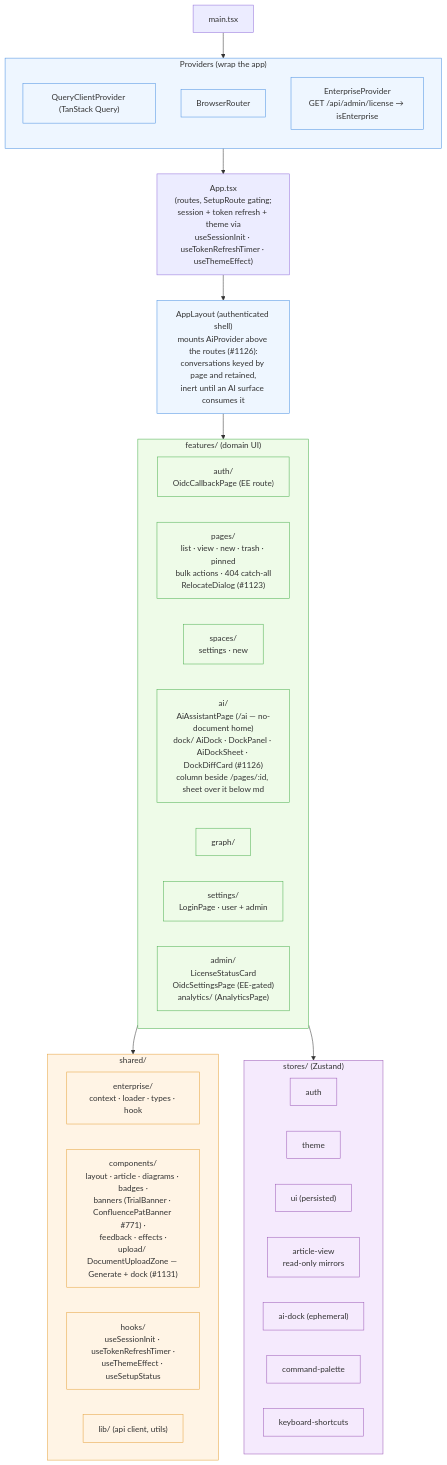
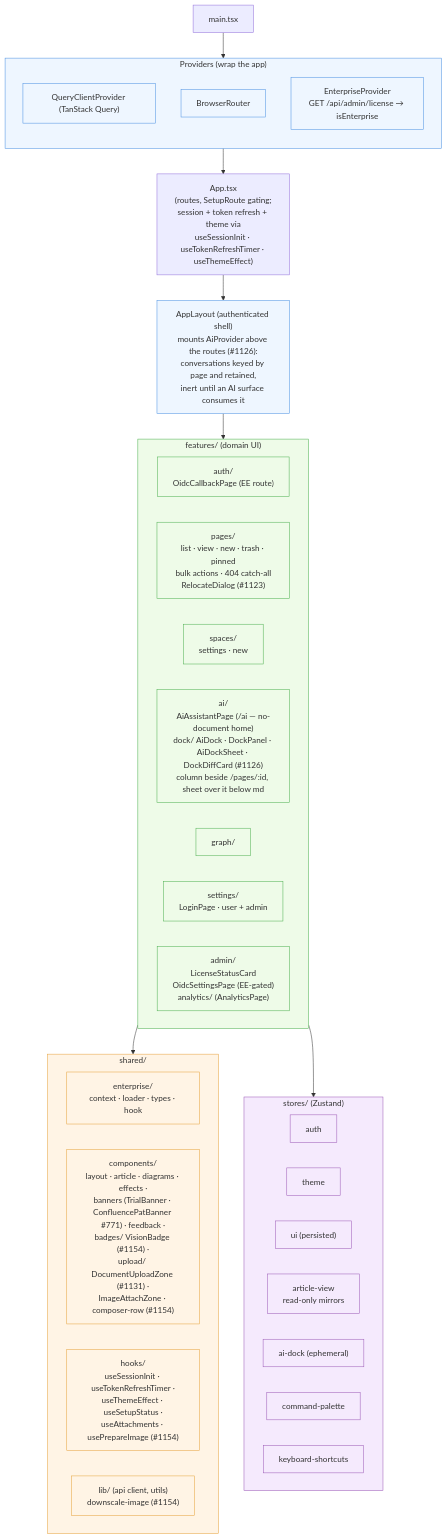
One commit to Compendiq/compendiq-ce changed the first of 5 diagrams in docs/architecture/04-frontend-structure.md. Above: the diagram before and after it, drawn with Mermaid. The commit also changed other lines of this file and 1 other file, not shown here.

First line of the commit message:
docs(ai): record the frontend half of image attachment (#1154)

````diff
--- a/docs/architecture/04-frontend-structure.md
+++ b/docs/architecture/04-frontend-structure.md
@@ -8,59 +8,59 @@
 ```mermaid
 flowchart TB
     main["main.tsx"]
 
     subgraph providers["Providers (wrap the app)"]
         direction TB
         qp["QueryClientProvider (TanStack Query)"]
         rp["BrowserRouter"]
         ep["EnterpriseProvider<br/>GET /api/admin/license → isEnterprise"]
     end
 
     main --> providers
     providers --> app["App.tsx<br/>(routes, SetupRoute gating;<br/>session + token refresh + theme via<br/>useSessionInit · useTokenRefreshTimer · useThemeEffect)"]
 
     subgraph features["features/ (domain UI)"]
         direction LR
         fAuth["auth/<br/>OidcCallbackPage (EE route)"]
         fPages["pages/<br/>list · view · new · trash · pinned<br/>bulk actions · 404 catch-all<br/>RelocateDialog (#1123)"]
         fSpaces["spaces/<br/>settings · new"]
         fAI["ai/<br/>AiAssistantPage (/ai — no-document home)<br/>dock/ AiDock · DockPanel · AiDockSheet · DockDiffCard (#1126)<br/>column beside /pages/:id, sheet over it below md"]
         fGraph["graph/"]
         fSettings["settings/<br/>LoginPage · user + admin"]
         fAdmin["admin/<br/>LicenseStatusCard<br/>OidcSettingsPage (EE-gated)<br/>analytics/ (AnalyticsPage)"]
     end
 
     app --> shell["AppLayout (authenticated shell)<br/>mounts AiProvider above the routes (#1126):<br/>conversations keyed by page and retained,<br/>inert until an AI surface consumes it"]
     shell --> features
 
     subgraph shared["shared/"]
         direction LR
         sEnt["enterprise/<br/>context · loader · types · hook"]
-        sComp["components/<br/>layout · article · diagrams · badges ·<br/>banners (TrialBanner · ConfluencePatBanner #771) ·<br/>feedback · effects ·<br/>upload/ DocumentUploadZone — Generate + dock (#1131)"]
-        sHooks["hooks/<br/>useSessionInit · useTokenRefreshTimer ·<br/>useThemeEffect · useSetupStatus"]
-        sLib["lib/ (api client, utils)"]
+        sComp["components/<br/>layout · article · diagrams · effects ·<br/>banners (TrialBanner · ConfluencePatBanner #771) · feedback ·<br/>badges/ VisionBadge (#1154) ·<br/>upload/ DocumentUploadZone (#1131) ·<br/>ImageAttachZone · composer-row (#1154)"]
+        sHooks["hooks/<br/>useSessionInit · useTokenRefreshTimer ·<br/>useThemeEffect · useSetupStatus ·<br/>useAttachments · usePrepareImage (#1154)"]
+        sLib["lib/ (api client, utils)<br/>downscale-image (#1154)"]
     end
 
     features --> shared
 
     subgraph stores["stores/ (Zustand)"]
         zAuth["auth"]
         zTheme["theme"]
         zUI["ui (persisted)"]
         zAV["article-view<br/>read-only mirrors"]
         zDock["ai-dock (ephemeral)"]
         zCmd["command-palette"]
         zKb["keyboard-shortcuts"]
     end
 
     features --> stores
 
     classDef prov fill:#eef6ff,stroke:#4a90e2
     classDef feat fill:#eefbe8,stroke:#4caf50
     classDef sh fill:#fff4e5,stroke:#e5a23c
     classDef st fill:#f5eafd,stroke:#9b59b6
     class providers,qp,rp,ep,shell prov
     class features,fAuth,fPages,fSpaces,fAI,fGraph,fSettings,fAdmin feat
     class shared,sEnt,sComp,sHooks,sLib sh
     class stores,zAuth,zTheme,zUI,zAV,zDock,zCmd,zKb st
 ```
````
